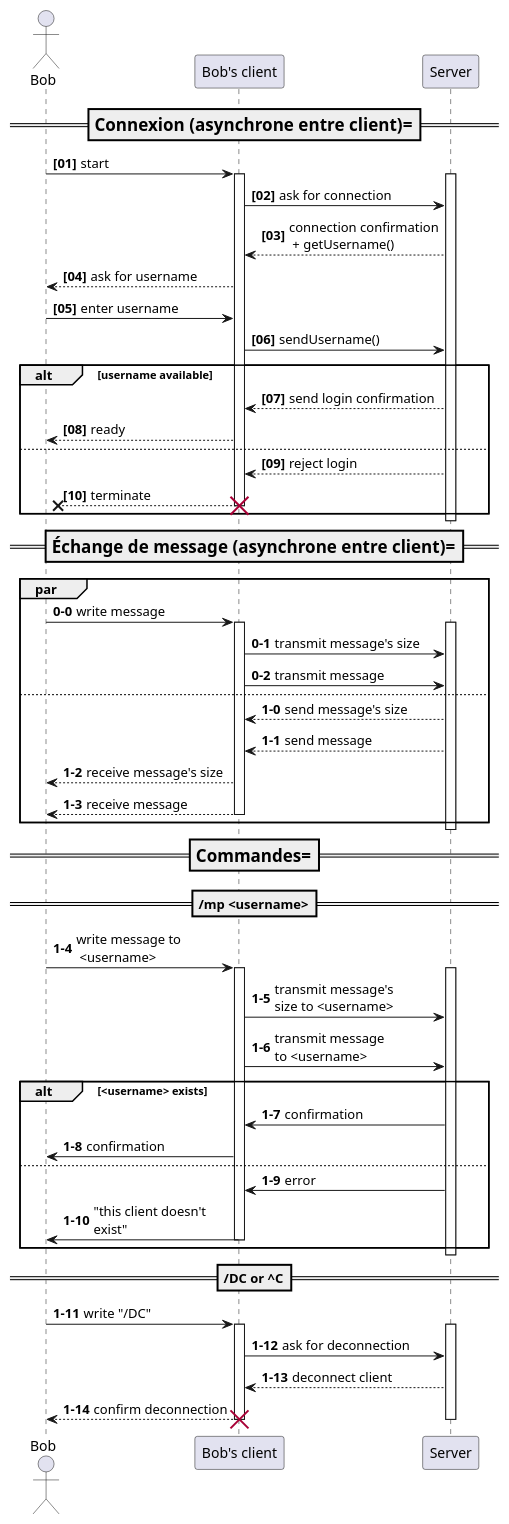
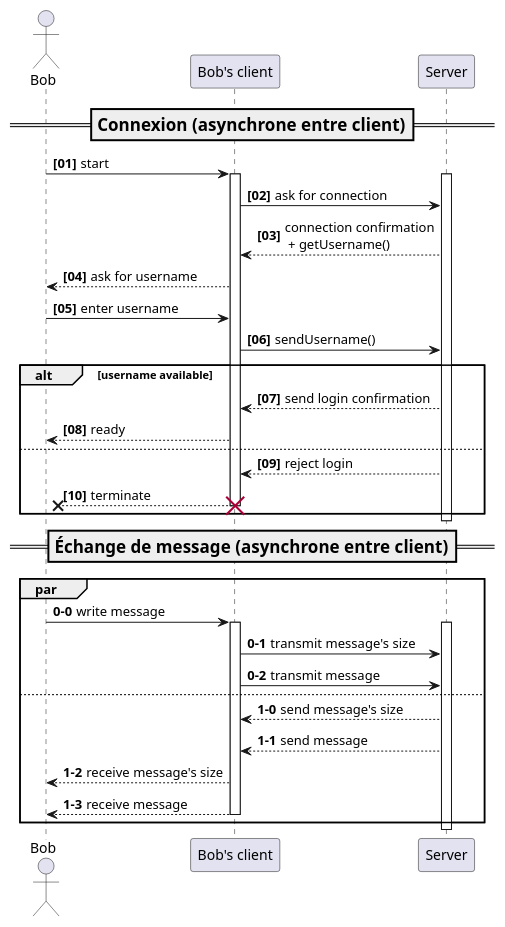
One commit to iusildra/PolyMessages changed the first of 2 diagrams in reports/sprint2/sequence.plantuml. Above: the diagram before and after it, drawn with PlantUML. The commit also changed other lines of this file and 9 other files, not shown here.

```diff
--- a/reports/sprint2/sequence.plantuml
+++ b/reports/sprint2/sequence.plantuml
@@ -1,67 +1,45 @@
-@startuml protocole
+@startuml sequence
 
 skinparam responseMessageBelowArrow true
 
 actor Bob 
-participant "Bob's client" as Client1
+participant "Bob's client" as Client
 participant Server
 
-===Connexion (asynchrone entre client)===
+===Connexion (asynchrone entre client)==
 autonumber "<b>[00]"
-Bob -> Client1++: start
+Bob -> Client++: start
 activate Server
-Client1 -> Server: ask for connection
-Server --> Client1: connection confirmation\n + getUsername()
-Client1 --> Bob: ask for username
-Bob -> Client1: enter username
-Client1 -> Server: sendUsername()
+Client -> Server: ask for connection
+Server --> Client: connection confirmation\n + getUsername()
+Client --> Bob: ask for username
+Bob -> Client: enter username
+Client -> Server: sendUsername()
 alt username available
-Server --> Client1: send login confirmation
-Client1 --> Bob: ready
+Server --> Client: send login confirmation
+Client --> Bob: ready
 else
-Server --> Client1: reject login
-Client1 --x Bob: terminate
-destroy Client1
+Server --> Client: reject login
+Client --x Bob: terminate
+destroy Client
 end
 deactivate Server
 
-===Échange de message (asynchrone entre client)===
+===Échange de message (asynchrone entre client)==
 
 activate Server
 par
 autonumber 0-0
-Bob -> Client1++ : write message
+Bob -> Client++ : write message
 activate Server
-Client1 -> Server: transmit message's size
-Client1 -> Server: transmit message
+Client -> Server: transmit message's size
+Client -> Server: transmit message
 else
 autonumber 1-0
-Server --> Client1: send message's size
-Server --> Client1: send message
-Client1 --> Bob: receive message's size
-Client1 --> Bob--: receive message
+Server --> Client: send message's size
+Server --> Client: send message
+Client --> Bob: receive message's size
+Client --> Bob--: receive message
 end
 deactivate Server
-===Commandes===
-==/mp <username>==
-Bob -> Client1++: write message to\n <username>
-activate Server
-Client1 -> Server: transmit message's\nsize to <username>
-Client1 -> Server: transmit message\nto <username>
-alt <username> exists
-Server -> Client1: confirmation
-Client1 -> Bob: confirmation
-else
-Server -> Client1: error
-Client1 -> Bob--: "this client doesn't\nexist"
-end
-deactivate Server
-==/DC or ^C==
-Bob -> Client1++: write "/DC"
-activate Server
-Client1 -> Server: ask for deconnection
-Server --> Client1: deconnect client
-Client1 --> Bob--: confirm deconnection
-destroy Client1
-deactivate Server
 @enduml
```
